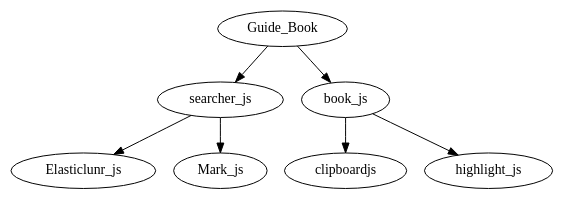
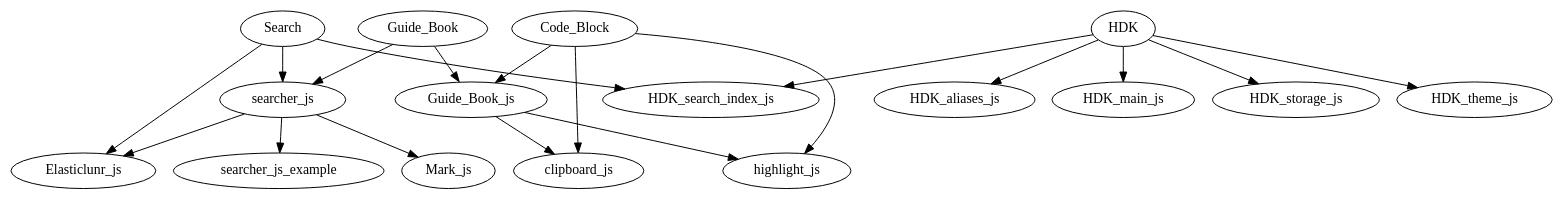
Before and after one commit to btakita/holochain-notes: the diagram in doc_project/tech.dot, drawn with Graphviz. The commit also changed 1 other file, not shown here.

```diff
--- a/doc_project/tech.dot
+++ b/doc_project/tech.dot
@@ -1,21 +1,55 @@
 digraph	"doc project tech" {
 	concentrate = true;
 
-	Guide_Book[href="https://developer.holochain.org/guide/latest/"];
+	subgraph Features {
+		Search;
+		Code_Block;
+	}
 
-	searcher_js[href="https://developer.holochain.org/guide/latest/searcher.js"];
-	Elasticlunr_js[href="http://elasticlunr.com/"];
-	Mark_js[href = "https://markjs.io/"];
+	subgraph Third_Party_Libraries {
+		Elasticlunr_js[href="http://elasticlunr.com/"];
+		Mark_js[href = "https://markjs.io/"];
+		clipboard_js[href="https://clipboardjs.com/"];
+		highlight_js[href="https://highlightjs.org/"];
+	}
+	Search -> Elasticlunr_js;
+	Code_Block -> clipboard_js;
+	Code_Block -> highlight_js;
 
-	book_js[href="https://developer.holochain.org/guide/latest/book.js"];
-	clipboardjs[href="https://clipboardjs.com/"];
-	highlight_js[href="https://highlightjs.org/"];
+	subgraph Guide_Book {
+		Guide_Book[href="https://developer.holochain.org/guide/latest/"];
 
-	Guide_Book -> searcher_js;
-	searcher_js -> Elasticlunr_js;
-	searcher_js -> Mark_js;
+		searcher_js[href="https://developer.holochain.org/guide/latest/searcher.js"];
+		searcher_js_example[href="https://developer.holochain.org/guide/latest/first_steps.html?search=zome"];
 
-	Guide_Book -> book_js;
-	book_js -> clipboardjs;
-	book_js -> highlight_js;
+		Guide_Book_js[href="https://developer.holochain.org/guide/latest/book.js"];
+
+		Guide_Book -> searcher_js;
+		searcher_js -> Elasticlunr_js;
+		searcher_js -> Mark_js;
+		searcher_js -> searcher_js_example;
+
+		Guide_Book -> Guide_Book_js;
+		Guide_Book_js -> clipboard_js;
+		Guide_Book_js -> highlight_js;
+	}
+	Search -> searcher_js;
+	Code_Block -> Guide_Book_js;
+
+	subgraph HDK {
+		HDK[href="https://developer.holochain.org/api/latest/hdk/"];
+
+		HDK_storage_js[href="https://developer.holochain.org/api/latest/storage.js"];
+		HDK_theme_js[href="https://developer.holochain.org/api/latest/theme.js"];
+		HDK_aliases_js[href="https://developer.holochain.org/api/latest/aliases.js"];
+		HDK_main_js[href="https://developer.holochain.org/api/latest/main.js"];
+		HDK_search_index_js[href="https://developer.holochain.org/api/latest/search-index.js"];
+
+		HDK -> HDK_storage_js;
+		HDK -> HDK_theme_js;
+		HDK -> HDK_aliases_js;
+		HDK -> HDK_main_js;
+		HDK -> HDK_search_index_js;
+	}
+	Search -> HDK_search_index_js;
 }
```
